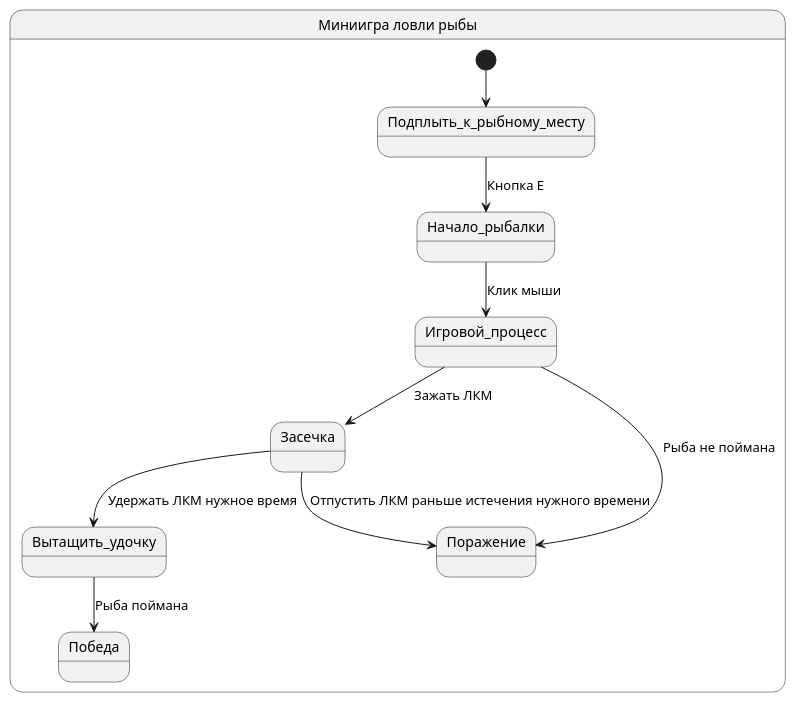
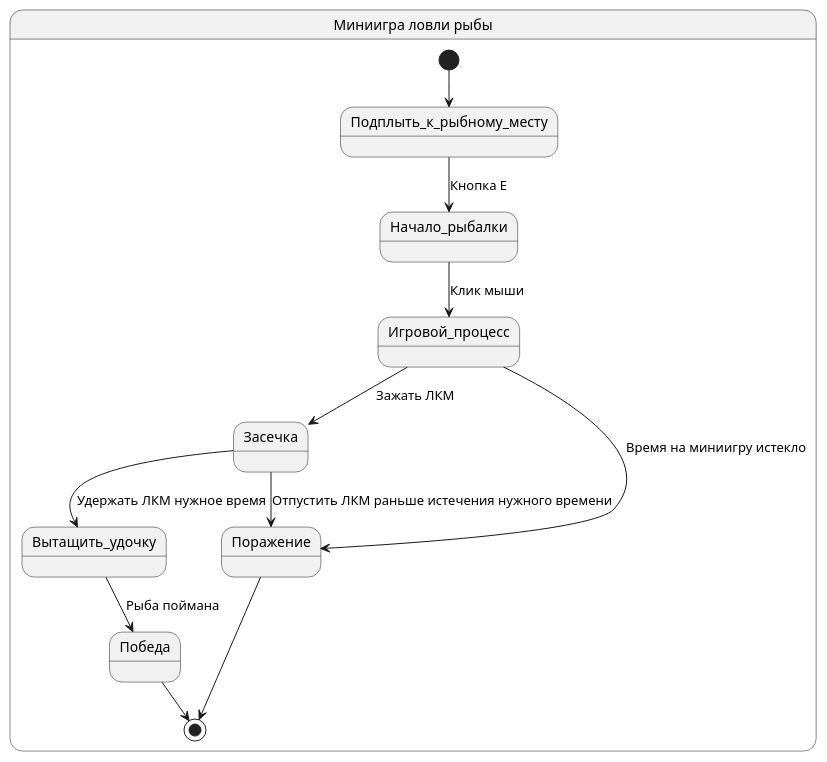
Before and after one commit to lenk6663/studying: the diagram in docs/diagrams/behavior/fishing.puml, drawn with PlantUML. The commit also changed 4 other files, not shown here.

Commit message:
Fixed some diagrams

```diff
--- a/docs/diagrams/behavior/fishing.puml
+++ b/docs/diagrams/behavior/fishing.puml
@@ -1,12 +1,14 @@
 @startuml
 state "Миниигра ловли рыбы" as Fishing {
   [*] --> Подплыть_к_рыбному_месту
   Подплыть_к_рыбному_месту --> Начало_рыбалки : Кнопка Е
   Начало_рыбалки --> Игровой_процесс : Клик мыши
   Игровой_процесс --> Засечка : Зажать ЛКМ
   Засечка --> Вытащить_удочку : Удержать ЛКМ нужное время
   Засечка --> Поражение : Отпустить ЛКМ раньше истечения нужного времени
   Вытащить_удочку --> Победа : Рыба поймана
-  Игровой_процесс --> Поражение : Рыба не поймана
+  Игровой_процесс --> Поражение : Время на миниигру истекло
+  Поражение --> [*]
+  Победа --> [*]
 }
 @enduml
```
